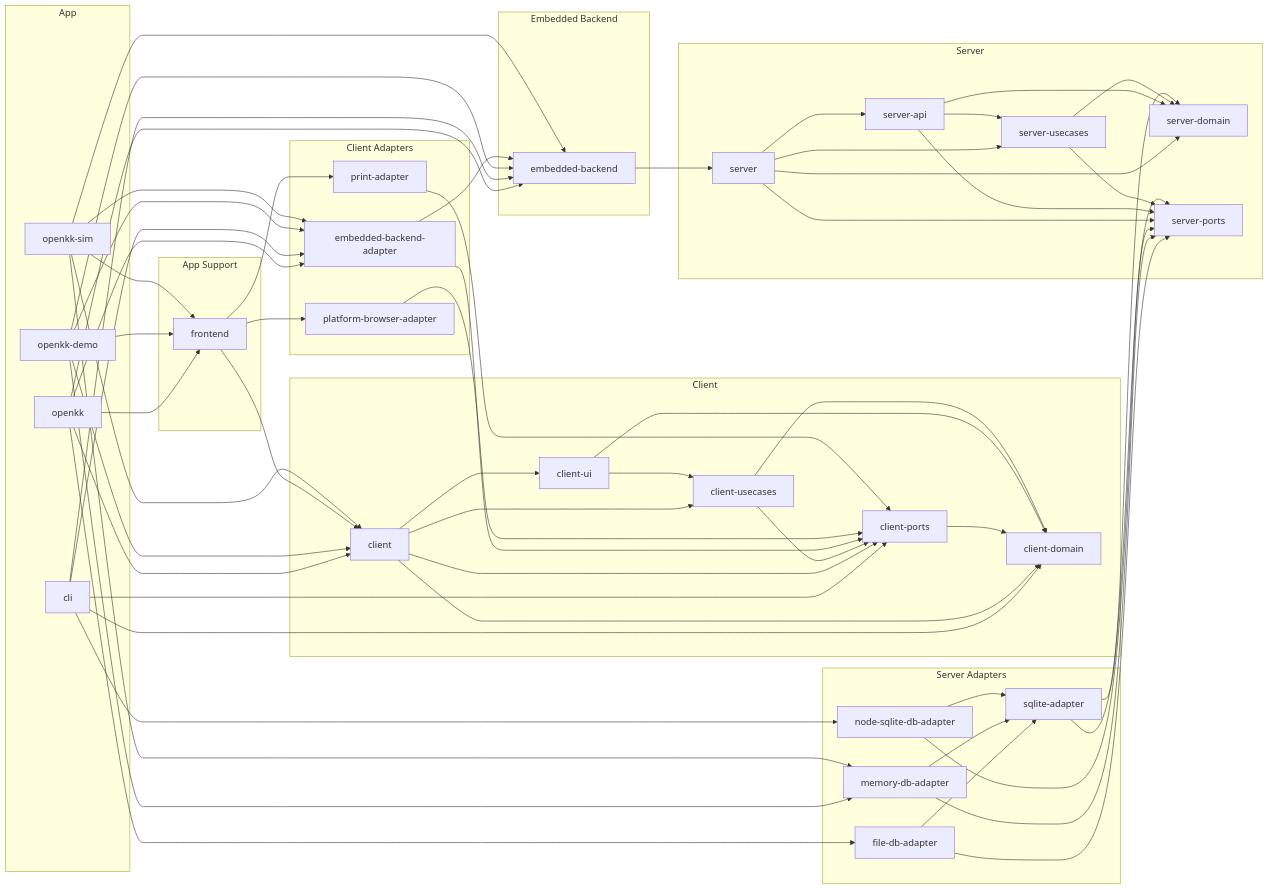
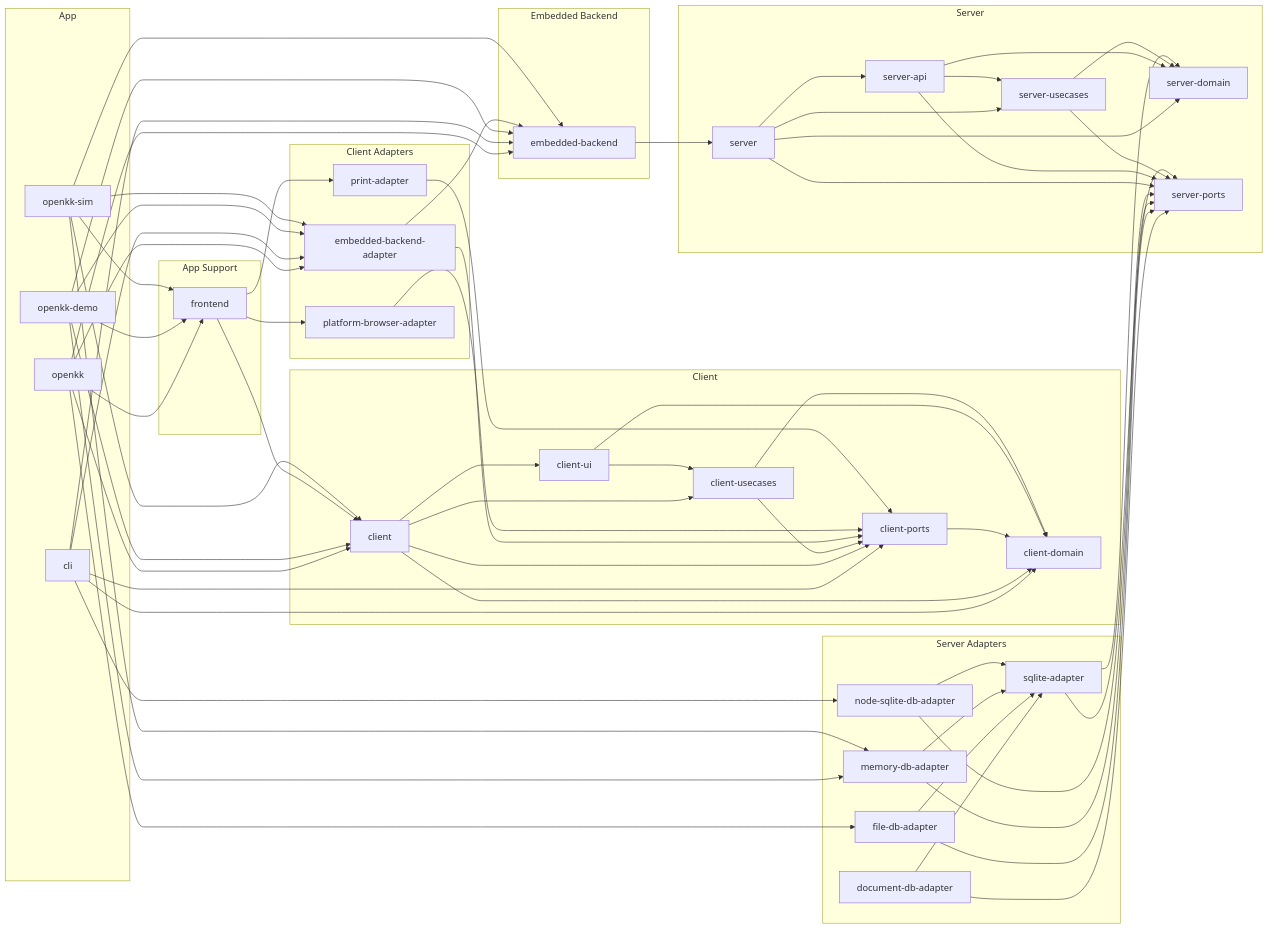
Before and after one commit to rubydogjp/openkk: the diagram in docs/dependency-graph.md, drawn with Mermaid. The commit also changed other lines of this file and 10 other files, not shown here.

First line of the commit message:
feat: SQLite ファイルのバイト列から帳簿を開く document-db-adapter を足す

```diff
--- a/docs/dependency-graph.md
+++ b/docs/dependency-graph.md
@@ -40,6 +40,7 @@
   end
 
   subgraph server_adapters["Server Adapters"]
+    rubydogjp_openkk_document_db_adapter["document-db-adapter"]
     rubydogjp_openkk_file_db_adapter["file-db-adapter"]
     rubydogjp_openkk_memory_db_adapter["memory-db-adapter"]
     rubydogjp_openkk_node_sqlite_db_adapter["node-sqlite-db-adapter"]
@@ -78,6 +79,8 @@
   rubydogjp_openkk_demo --> rubydogjp_openkk_embedded_backend_adapter
   rubydogjp_openkk_demo --> rubydogjp_openkk_frontend
   rubydogjp_openkk_demo --> rubydogjp_openkk_memory_db_adapter
+  rubydogjp_openkk_document_db_adapter --> rubydogjp_openkk_server_ports
+  rubydogjp_openkk_document_db_adapter --> rubydogjp_openkk_sqlite_adapter
   rubydogjp_openkk_embedded_backend --> rubydogjp_openkk_server
   rubydogjp_openkk_embedded_backend_adapter --> rubydogjp_openkk_client_ports
   rubydogjp_openkk_embedded_backend_adapter --> rubydogjp_openkk_embedded_backend
```
